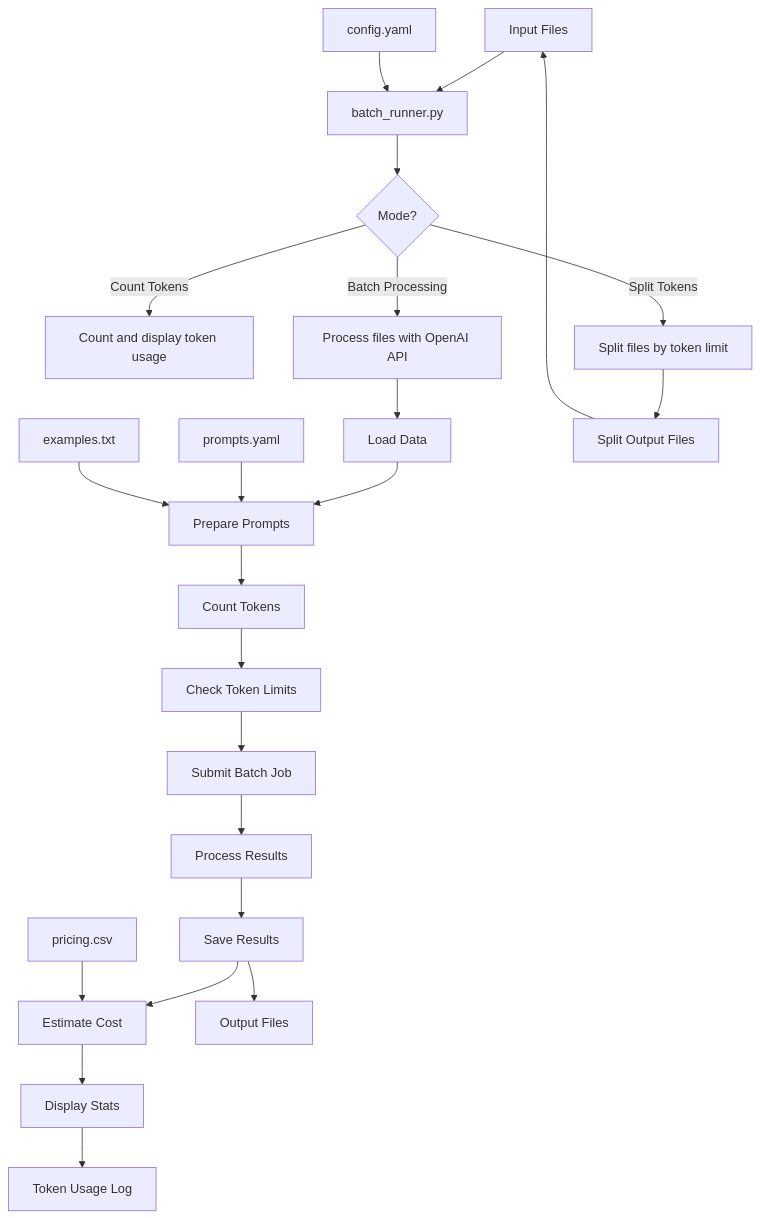
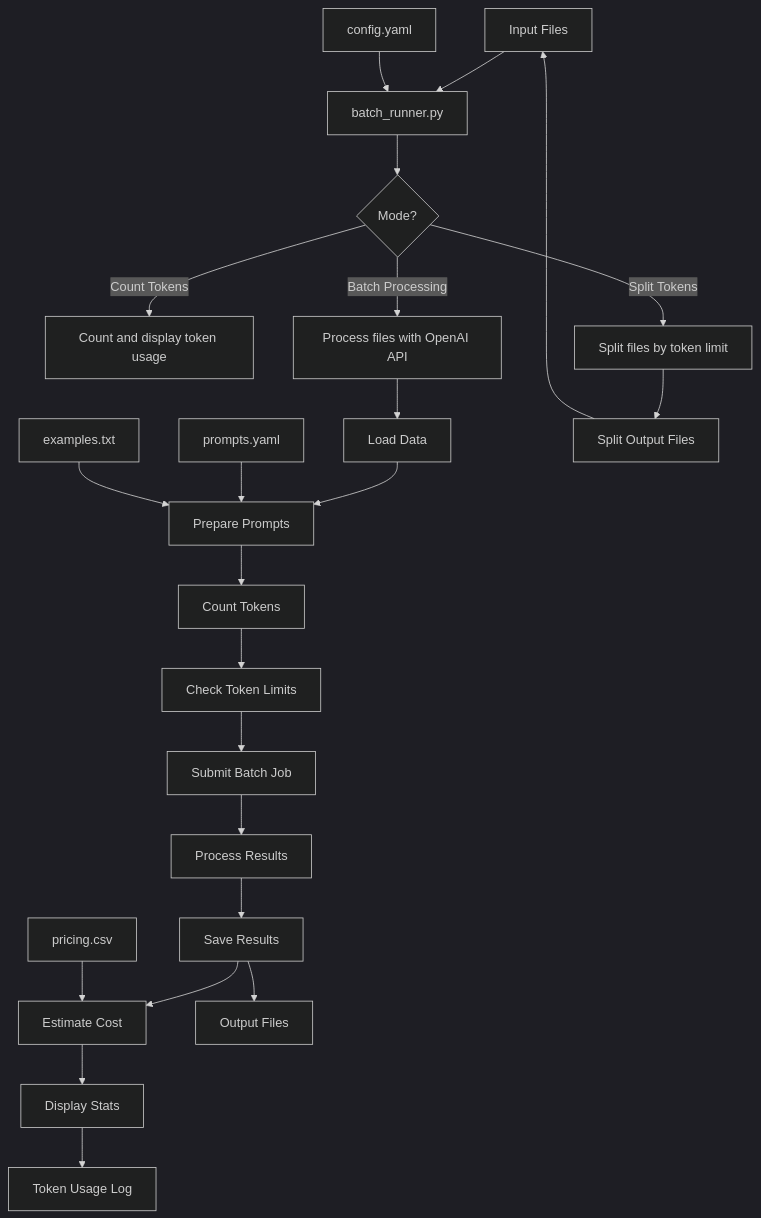
Before and after one commit to afunyun/BatchGrader: the third of 3 diagrams in docs/application_flow.md, drawn with Mermaid. The commit also changed other lines of this file, not shown here.

````diff
--- a/docs/application_flow.md
+++ b/docs/application_flow.md
@@ -149,29 +151,30 @@
 ```mermaid
+%%{init: { 'theme': 'dark' } }%%
 flowchart TD
-    A[Input Files] --> B[batch_runner.py]
-    B --> C{Mode?}
-    C -->|Count Tokens| D[Count and display token usage]
-    C -->|Split Tokens| E[Split files by token limit]
-    C -->|Batch Processing| F[Process files with OpenAI API]
-    
-    F --> G[Load Data]
-    G --> H[Prepare Prompts]
-    H --> I[Count Tokens]
-    I --> J[Check Token Limits]
-    J --> K[Submit Batch Job]
-    K --> L[Process Results]
-    L --> M[Save Results]
-    M --> N[Estimate Cost]
-    N --> O[Display Stats]
-    
-    P[config.yaml] --> B
-    Q[prompts.yaml] --> H
-    R[examples.txt] --> H
-    S[pricing.csv] --> N
-    
-    E --> T[Split Output Files]
-    T --> A
-    
-    M --> U[Output Files]
-    O --> V[Token Usage Log]
+    A[Input Files] --> B[batch_runner.py]
+    B --> C{Mode?}
+    C -->|Count Tokens| D[Count and display token usage]
+    C -->|Split Tokens| E[Split files by token limit]
+    C -->|Batch Processing| F[Process files with OpenAI API]
+    
+    F --> G[Load Data]
+    G --> H[Prepare Prompts]
+    H --> I[Count Tokens]
+    I --> J[Check Token Limits]
+    J --> K[Submit Batch Job]
+    K --> L[Process Results]
+    L --> M[Save Results]
+    M --> N[Estimate Cost]
+    N --> O[Display Stats]
+    
+    P[config.yaml] --> B
+    Q[prompts.yaml] --> H
+    R[examples.txt] --> H
+    S[pricing.csv] --> N
+    
+    E --> T[Split Output Files]
+    T --> A
+    
+    M --> U[Output Files]
+    O --> V[Token Usage Log]
 ```
````
